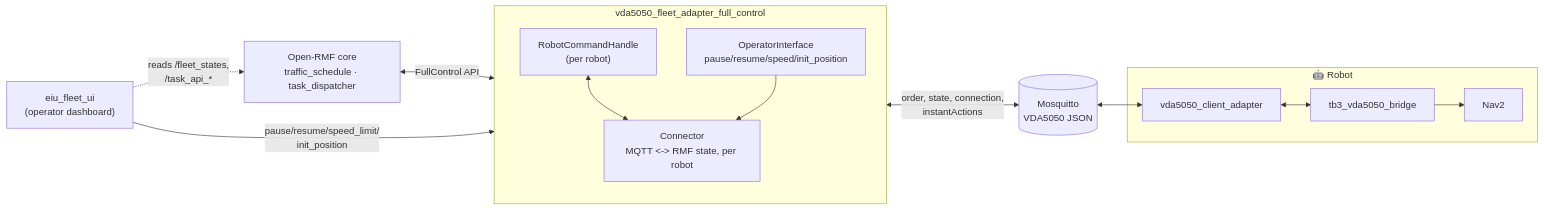
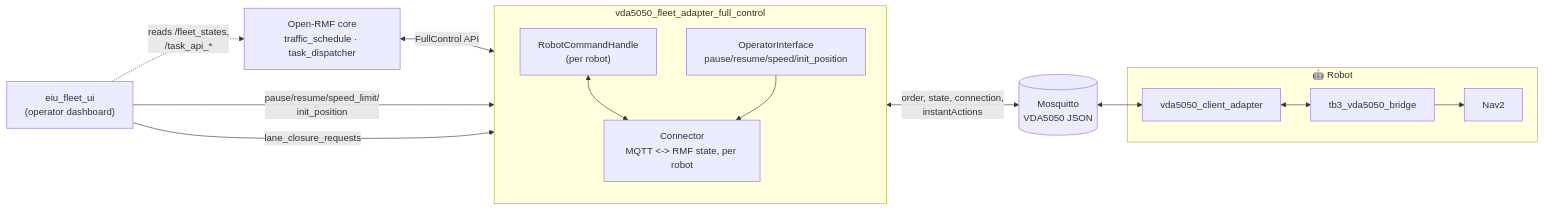
Before and after one commit to NhatTran-97/eiu-vda5050-support-open-rmf: the first of 3 diagrams in vda5050_fleet_adapter_full_control/docs/architecture.md, drawn with Mermaid. The commit also changed other lines of this file and 33 other files, not shown here.

First line of the commit message:
Handle lane closure requests from the UI

````diff
--- a/vda5050_fleet_adapter_full_control/docs/architecture.md
+++ b/vda5050_fleet_adapter_full_control/docs/architecture.md
@@ -23,30 +24,31 @@
 ```mermaid
 flowchart LR
     RMF["Open-RMF core\ntraffic_schedule · task_dispatcher"]
 
     subgraph FA ["vda5050_fleet_adapter_full_control"]
         direction TB
         RCH["RobotCommandHandle\n(per robot)"]
         CN["Connector\nMQTT <-> RMF state, per robot"]
         OI["OperatorInterface\npause/resume/speed/init_position"]
         RCH <--> CN
         OI --> CN
     end
 
     MQ[("Mosquitto\nVDA5050 JSON")]
     UI["eiu_fleet_ui\n(operator dashboard)"]
 
     subgraph ROBOT ["🤖 Robot"]
         CA["vda5050_client_adapter"]
         BR["tb3_vda5050_bridge"]
         N2["Nav2"]
         CA <--> BR
         BR --> N2
     end
 
     RMF <-->|FullControl API| RCH
     CN <-->|order, state, connection,\ninstantActions| MQ
     MQ <--> CA
     UI -->|pause/resume/speed_limit/\ninit_position| OI
+    UI -->|lane_closure_requests| FA
     UI -.->|reads /fleet_states,\n/task_api_*| RMF
 ```
````
